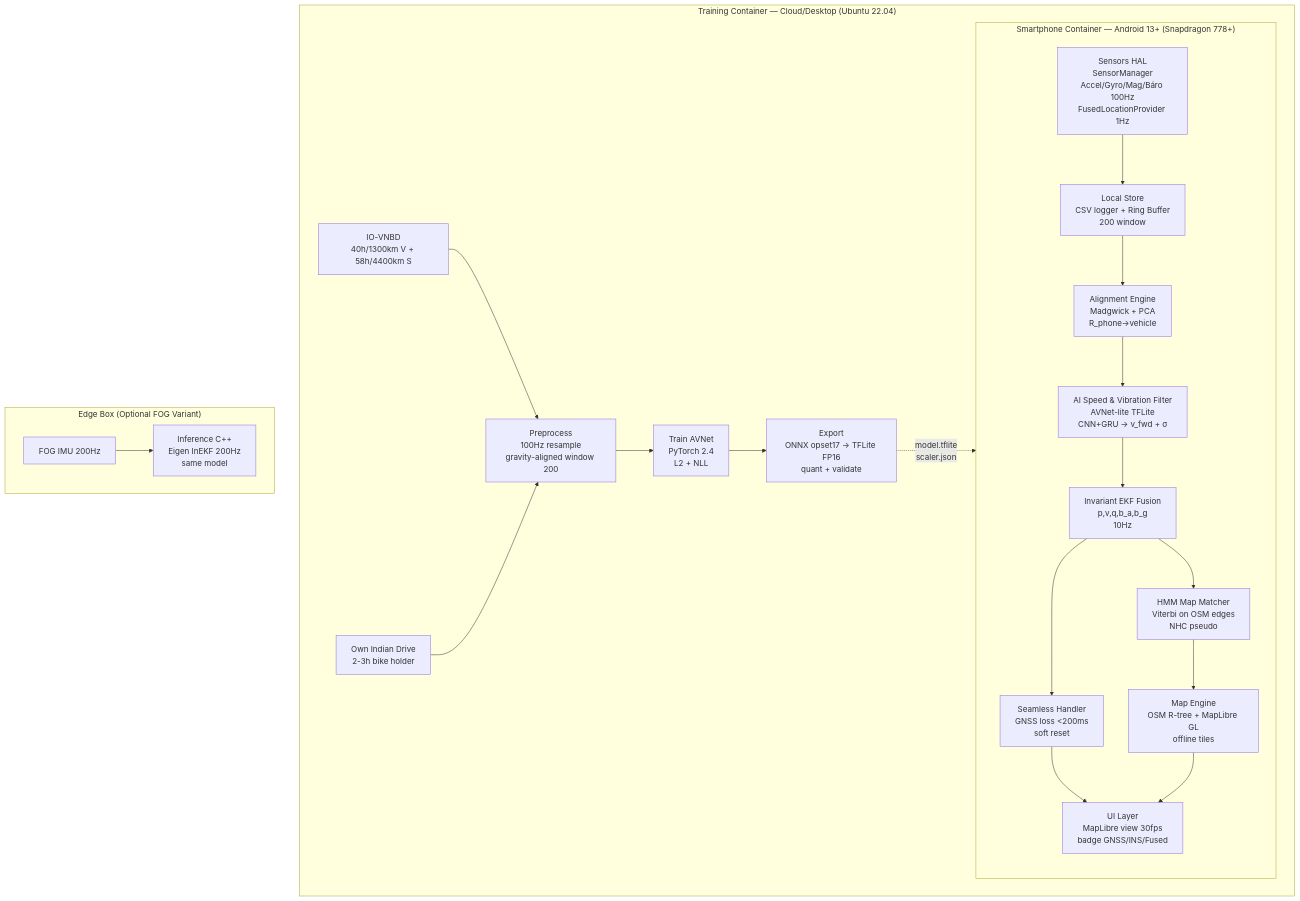
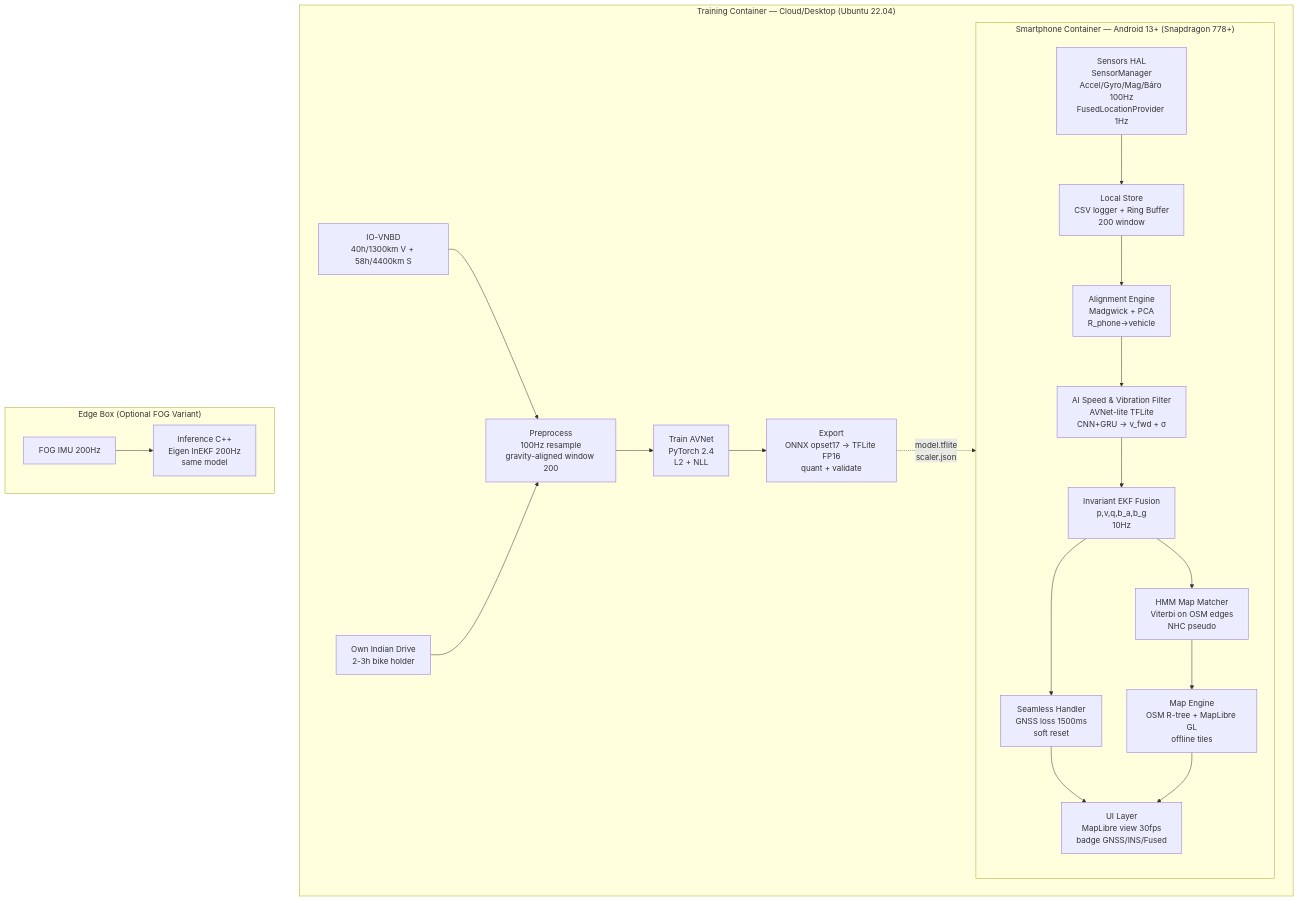
The second of 6 diagrams in docs/ARCHITECTURE.md (Himanshu121865/sih26168), drawn with Mermaid before and after one commit. The commit also changed other lines of this file and 6 other files, not shown here.

````diff
--- a/docs/ARCHITECTURE.md
+++ b/docs/ARCHITECTURE.md
@@ -42,41 +42,41 @@
 ```mermaid
 graph TB
     subgraph PhoneContainer["Smartphone Container — Android 13+ (Snapdragon 778+)"]
         direction TB
         SENSOR[Sensors HAL<br/>SensorManager<br/>Accel/Gyro/Mag/Báro 100Hz<br/>FusedLocationProvider 1Hz]
         ALIGN[Alignment Engine<br/>Madgwick + PCA<br/>R_phone→vehicle]
         AVNET[AI Speed & Vibration Filter<br/>AVNet-lite TFLite<br/>CNN+GRU → v_fwd + σ]
         FUSION[Invariant EKF Fusion<br/>p,v,q,b_a,b_g<br/>10Hz]
         HMM[HMM Map Matcher<br/>Viterbi on OSM edges<br/>NHC pseudo]
-        HANDLER[Seamless Handler<br/>GNSS loss <200ms<br/>soft reset]
+        HANDLER[Seamless Handler<br/>GNSS loss 1500ms<br/>soft reset]
         MAP[Map Engine<br/>OSM R-tree + MapLibre GL<br/>offline tiles]
         UI[UI Layer<br/>MapLibre view 30fps<br/>badge GNSS/INS/Fused]
         STORE[Local Store<br/>CSV logger + Ring Buffer<br/>200 window]
         SENSOR --> STORE
         STORE --> ALIGN
         ALIGN --> AVNET
         AVNET --> FUSION
         FUSION --> HMM
         FUSION --> HANDLER
         HMM --> MAP
         HANDLER --> UI
         MAP --> UI
     end
     subgraph TrainingContainer["Training Container — Cloud/Desktop (Ubuntu 22.04)"]
         IO[IO-VNBD<br/>40h/1300km V + 58h/4400km S]
         OWN[Own Indian Drive<br/>2-3h bike holder]
         PRE[Preprocess<br/>100Hz resample<br/>gravity-aligned window 200]
         TRAIN2[Train AVNet<br/>PyTorch 2.4<br/>L2 + NLL]
         EXPORT[Export<br/>ONNX opset17 → TFLite FP16<br/>quant + validate]
         IO --> PRE
         OWN --> PRE
         PRE --> TRAIN2
         TRAIN2 --> EXPORT
         EXPORT -.->|model.tflite<br/>scaler.json| PhoneContainer
     end
     subgraph EdgeBox["Edge Box (Optional FOG Variant)"]
         FOGIMU[FOG IMU 200Hz]
         CPP[Inference C++<br/>Eigen InEKF 200Hz<br/>same model]
         FOGIMU --> CPP
     end
 ```
````
